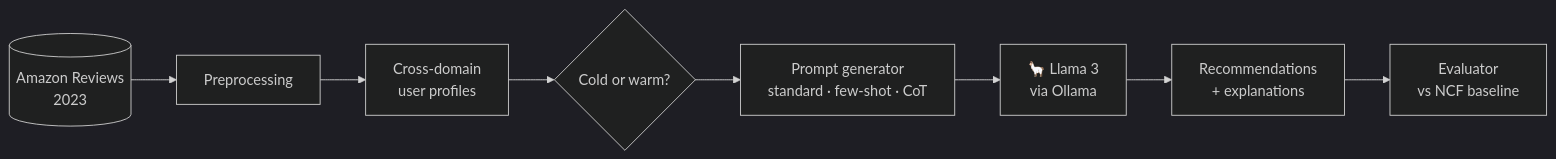
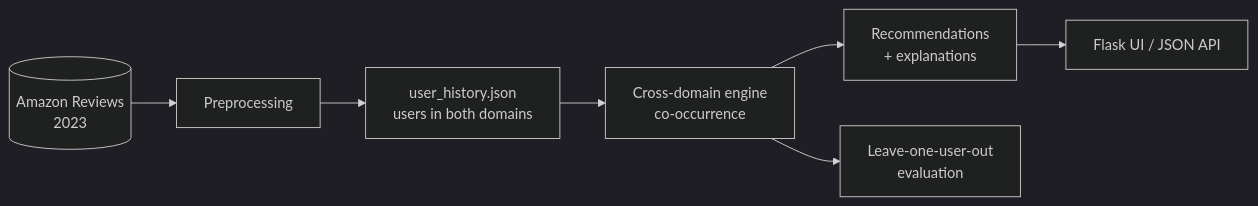
The diagram in README.md (ThanigaiSingaravelan/llamarec-crossdomain), drawn with Mermaid (dark theme) before and after one commit. The commit also changed other lines of this file and 53 other files, not shown here.

````diff
--- a/README.md
+++ b/README.md
@@ -68,10 +67,9 @@
 ```mermaid
 flowchart LR
     A[(Amazon Reviews<br>2023)] --> B[Preprocessing]
-    B --> C[Cross-domain<br>user profiles]
-    C --> D{Cold or warm?}
-    D --> E[Prompt generator<br>standard · few-shot · CoT]
-    E --> F[🦙 Llama 3<br>via Ollama]
-    F --> G[Recommendations<br>+ explanations]
-    G --> H[Evaluator<br>vs NCF baseline]
+    B --> C[user_history.json<br>users in both domains]
+    C --> D[Cross-domain engine<br>co-occurrence]
+    D --> E[Recommendations<br>+ explanations]
+    E --> F[Flask UI / JSON API]
+    D --> G[Leave-one-user-out<br>evaluation]
 ```
````
